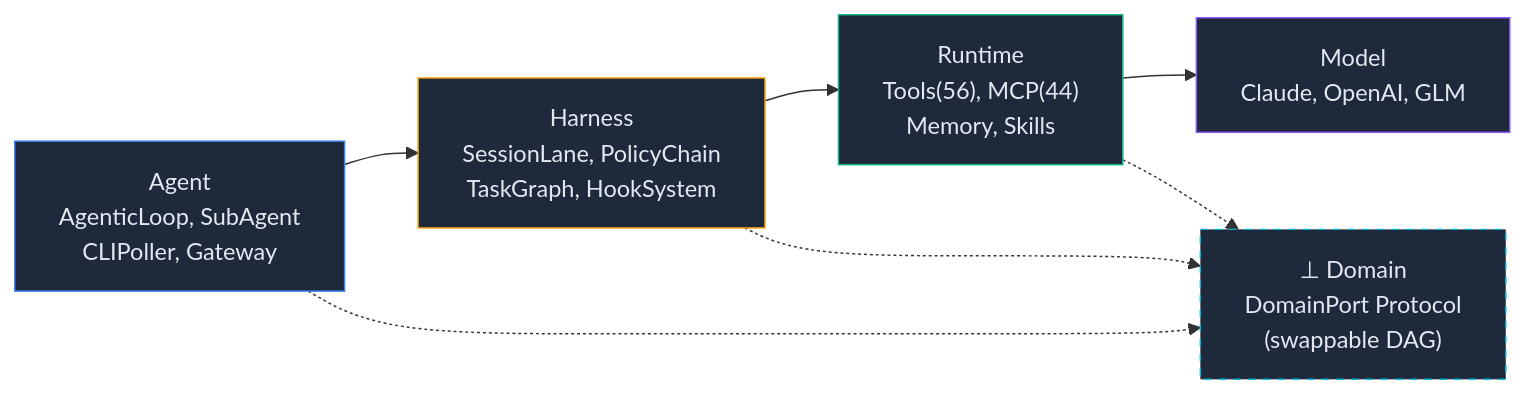
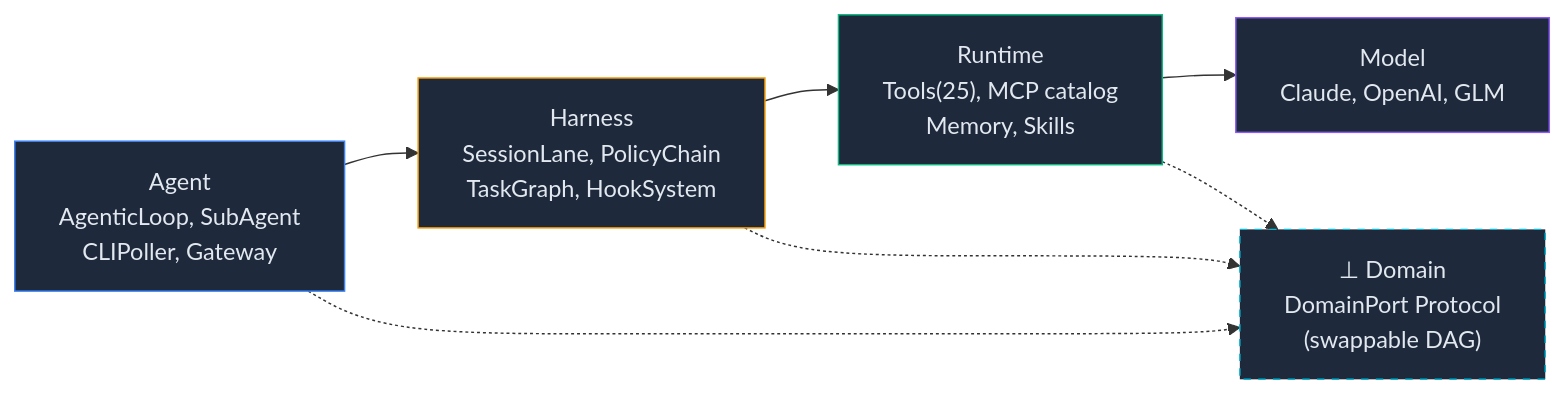
Before and after one commit to mangowhoiscloud/geode: the diagram in README.ko.md, drawn with Mermaid. The commit also changed other lines of this file and 1 other file, not shown here.

````diff
--- a/README.ko.md
+++ b/README.ko.md
@@ -336,16 +336,16 @@
 ```mermaid
 graph LR
     AG["Agent<br/>AgenticLoop, SubAgent<br/>CLIPoller, Gateway"] --> HA["Harness<br/>SessionLane, PolicyChain<br/>TaskGraph, HookSystem"]
-    HA --> RT["Runtime<br/>Tools(56), MCP(44)<br/>Memory, Skills"]
+    HA --> RT["Runtime<br/>Tools(25), MCP catalog<br/>Memory, Skills"]
     RT --> MD["Model<br/>Claude, OpenAI, GLM"]
 
     AG -.-> DP["⊥ Domain<br/>DomainPort Protocol<br/>(swappable DAG)"]
     HA -.-> DP
     RT -.-> DP
 
     style AG fill:#1e293b,stroke:#3b82f6,color:#e2e8f0
     style HA fill:#1e293b,stroke:#f59e0b,color:#e2e8f0
     style RT fill:#1e293b,stroke:#10b981,color:#e2e8f0
     style MD fill:#1e293b,stroke:#8b5cf6,color:#e2e8f0
     style DP fill:#1e293b,stroke:#06b6d4,color:#e2e8f0,stroke-dasharray: 5 5
 ```
````
